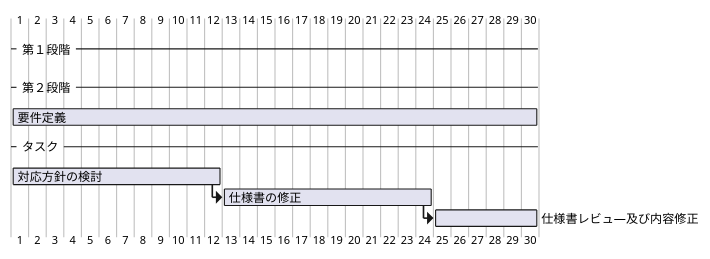
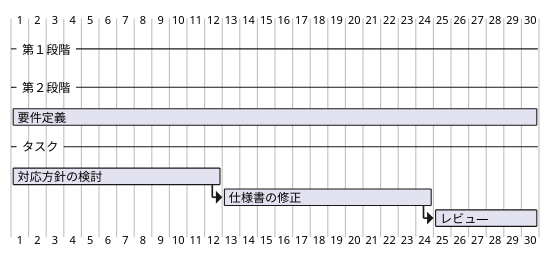
One commit to code-10157/asp.net_core_ver.2 changed the fifth of 9 diagrams in asp_projects/documents/7.要件定義/TaskList-API_BRD.md. Above: the diagram before and after it, drawn with PlantUML. The commit also changed other lines of this file, not shown here.

````diff
--- a/asp_projects/documents/7.要件定義/TaskList-API_BRD.md
+++ b/asp_projects/documents/7.要件定義/TaskList-API_BRD.md
@@ -133,11 +133,11 @@
   ``` plantuml
   @startgantt
   -- 第１段階 --
   -- 第２段階 --
   [要件定義] lasts 30 days
   -- タスク --
   [対応方針の検討] lasts 12 days
   then [仕様書の修正] lasts 12 days
-  then [仕様書レビュ―及び内容修正] lasts 6 days
+  then [レビュ―] lasts 6 days
   @endgantt
   ```
````
